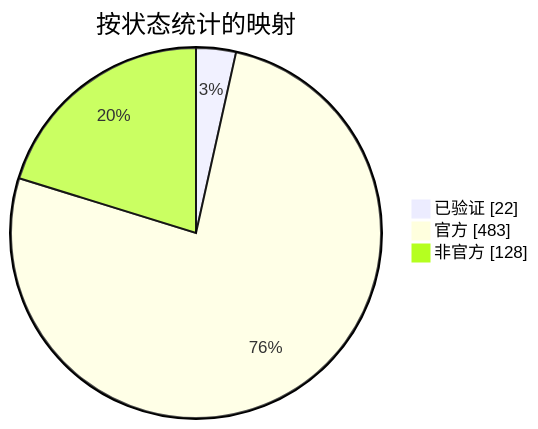
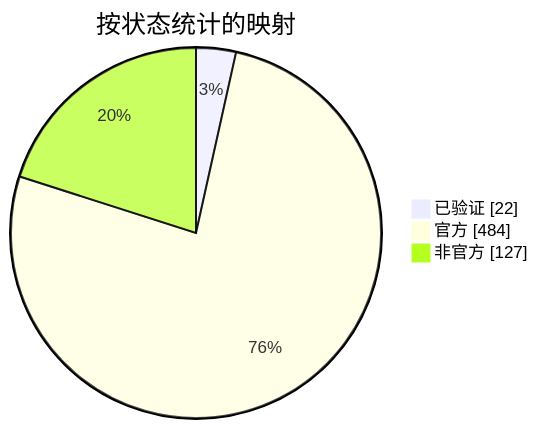
Before and after one commit to nobrega8/mbmap-library: the diagram in docs/readme/README_ZHS.md, drawn with Mermaid. The commit also changed 6 other files, not shown here.

````diff
--- a/docs/readme/README_ZHS.md
+++ b/docs/readme/README_ZHS.md
@@ -54,7 +54,7 @@
 ```mermaid
 pie showData
     title 按状态统计的映射
     "已验证" : 22
-    "官方" : 483
-    "非官方" : 128
+    "官方" : 484
+    "非官方" : 127
 ```
````
